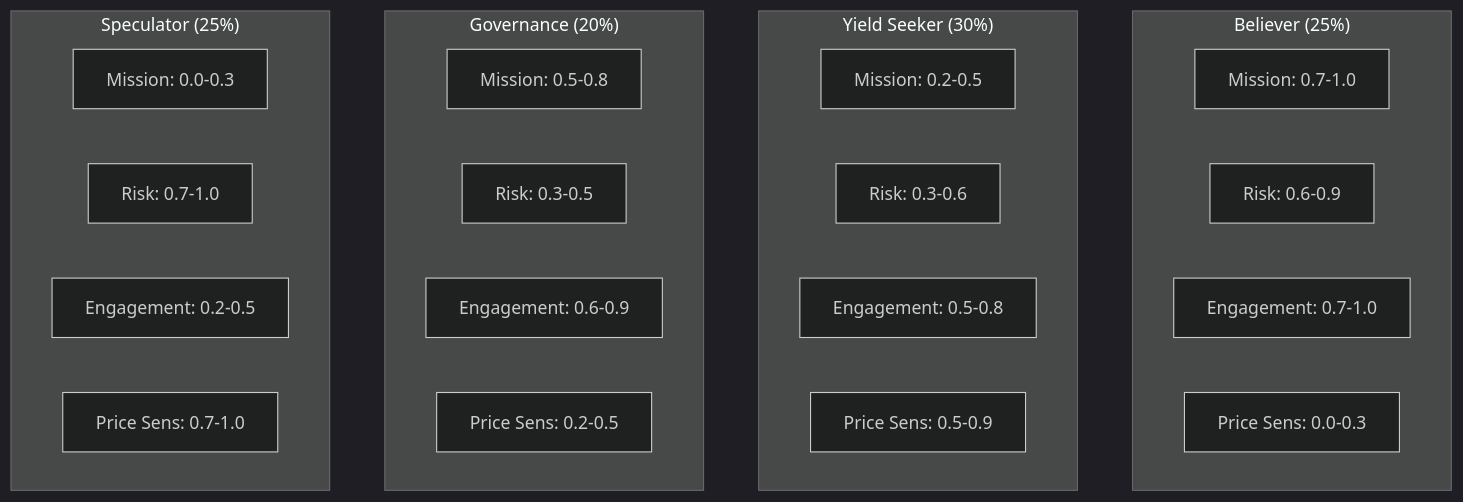
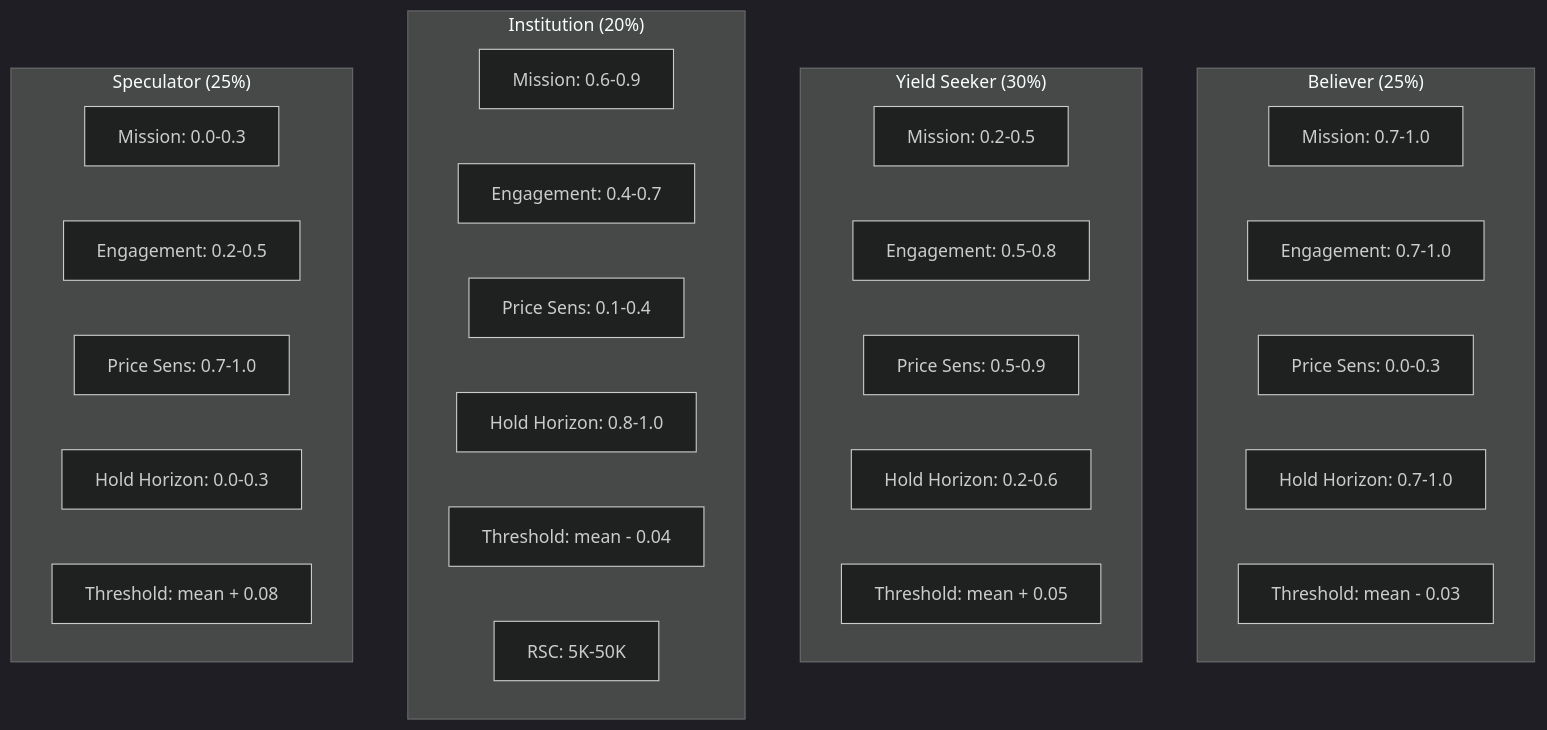
Before and after one commit to rsthornton/rsc-endowment-abm: the ninth of 13 diagrams in ARCHITECTURE.md, drawn with Mermaid (dark theme). The commit also changed other lines of this file and 13 other files, not shown here.

````diff
--- a/ARCHITECTURE.md
+++ b/ARCHITECTURE.md
@@ -117,30 +171,35 @@
 ```mermaid
 graph TD
     subgraph Believer["Believer (25%)"]
         B1[Mission: 0.7-1.0]
-        B2[Risk: 0.6-0.9]
         B3[Engagement: 0.7-1.0]
         B4[Price Sens: 0.0-0.3]
+        B5[Hold Horizon: 0.7-1.0]
+        B6[Threshold: mean - 0.03]
     end
 
     subgraph YieldSeeker["Yield Seeker (30%)"]
         Y1[Mission: 0.2-0.5]
-        Y2[Risk: 0.3-0.6]
         Y3[Engagement: 0.5-0.8]
         Y4[Price Sens: 0.5-0.9]
+        Y5[Hold Horizon: 0.2-0.6]
+        Y6[Threshold: mean + 0.05]
     end
 
-    subgraph Governance["Governance (20%)"]
-        G1[Mission: 0.5-0.8]
-        G2[Risk: 0.3-0.5]
-        G3[Engagement: 0.6-0.9]
-        G4[Price Sens: 0.2-0.5]
+    subgraph Institution["Institution (20%)"]
+        G1[Mission: 0.6-0.9]
+        G3[Engagement: 0.4-0.7]
+        G4[Price Sens: 0.1-0.4]
+        G5[Hold Horizon: 0.8-1.0]
+        G6[Threshold: mean - 0.04]
+        G7["RSC: 5K-50K"]
     end
 
     subgraph Speculator["Speculator (25%)"]
         S1[Mission: 0.0-0.3]
-        S2[Risk: 0.7-1.0]
         S3[Engagement: 0.2-0.5]
         S4[Price Sens: 0.7-1.0]
+        S5[Hold Horizon: 0.0-0.3]
+        S6[Threshold: mean + 0.08]
     end
 ```
````
